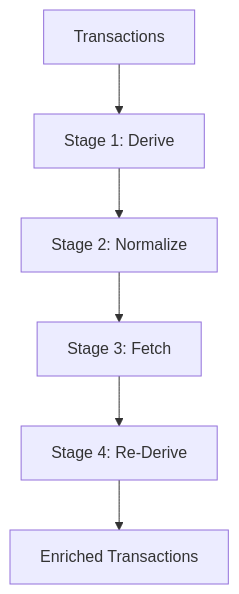
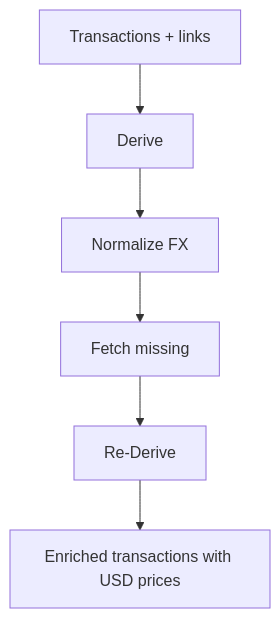
The diagram in docs/specs/price-derivation.md (jbelanger/exitbook), drawn with Mermaid before and after one commit. The commit also changed other lines of this file and 5 other files, not shown here.

````diff
--- a/docs/specs/price-derivation.md
+++ b/docs/specs/price-derivation.md
@@ -24,8 +155,8 @@
 ```mermaid
 graph TD
-    A[Transactions] --> B[Stage 1: Derive]
-    B --> C[Stage 2: Normalize]
-    C --> D[Stage 3: Fetch]
-    D --> E[Stage 4: Re-Derive]
-    E --> F[Enriched Transactions]
+    A[Transactions + links] --> B[Derive]
+    B --> C[Normalize FX]
+    C --> D[Fetch missing]
+    D --> E[Re-Derive]
+    E --> F[Enriched transactions with USD prices]
 ```
````
